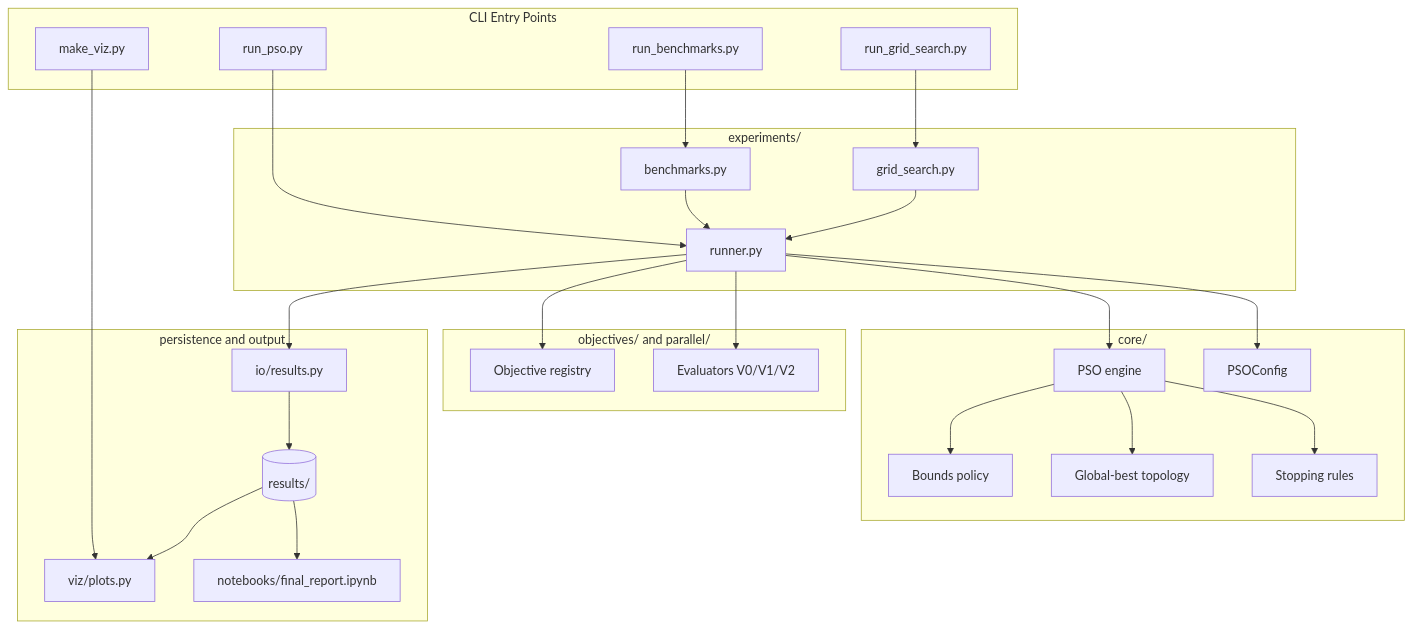
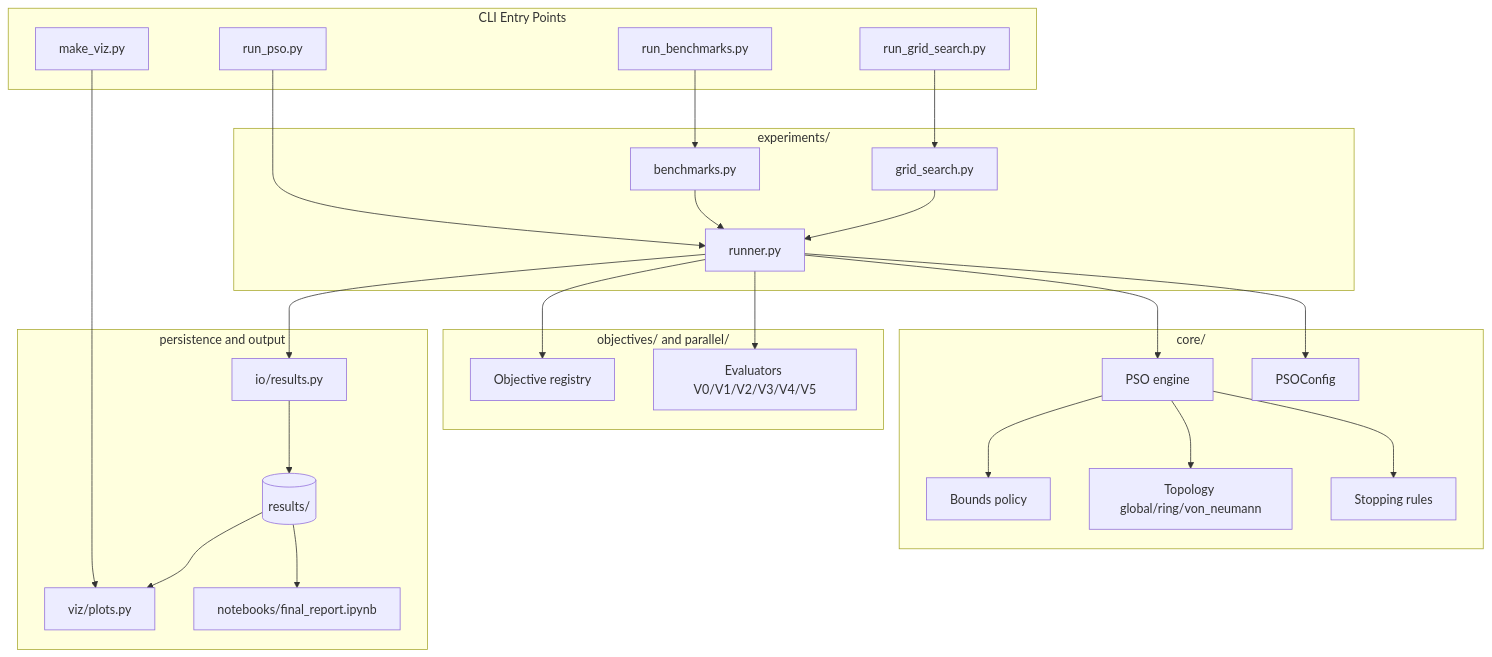
Before and after one commit to Lscotti-uni/PSO-python: the diagram in docs/architecture.md, drawn with Mermaid. The commit also changed other lines of this file and 3 other files, not shown here.

````diff
--- a/docs/architecture.md
+++ b/docs/architecture.md
@@ -9,57 +9,57 @@
 ```mermaid
 flowchart TD
     subgraph EntryPoints[CLI Entry Points]
         RP[run_pso.py]
         RB[run_benchmarks.py]
         RG[run_grid_search.py]
         MV[make_viz.py]
     end
 
     subgraph Experiments[experiments/]
         Runner[runner.py]
         Bench[benchmarks.py]
         Grid[grid_search.py]
     end
 
     subgraph Core[core/]
         PSO[PSO engine]
         Bounds[Bounds policy]
-        Topology[Global-best topology]
+        Topology[Topology global/ring/von_neumann]
         Stop[Stopping rules]
         Config[PSOConfig]
     end
 
     subgraph Domain[objectives/ and parallel/]
         Objectives[Objective registry]
-        Eval[Evaluators V0/V1/V2]
+        Eval[Evaluators V0/V1/V2/V3/V4/V5]
     end
 
     subgraph Persistence[persistence and output]
         IO[io/results.py]
         Results[(results/)]
         Viz[viz/plots.py]
         Report[notebooks/final_report.ipynb]
     end
 
     RP --> Runner
     RB --> Bench
     RG --> Grid
     MV --> Viz
 
     Bench --> Runner
     Grid --> Runner
 
     Runner --> Config
     Runner --> PSO
     Runner --> Objectives
     Runner --> Eval
     Runner --> IO
 
     PSO --> Bounds
     PSO --> Topology
     PSO --> Stop
 
     IO --> Results
     Results --> Viz
     Results --> Report
 ```
````
